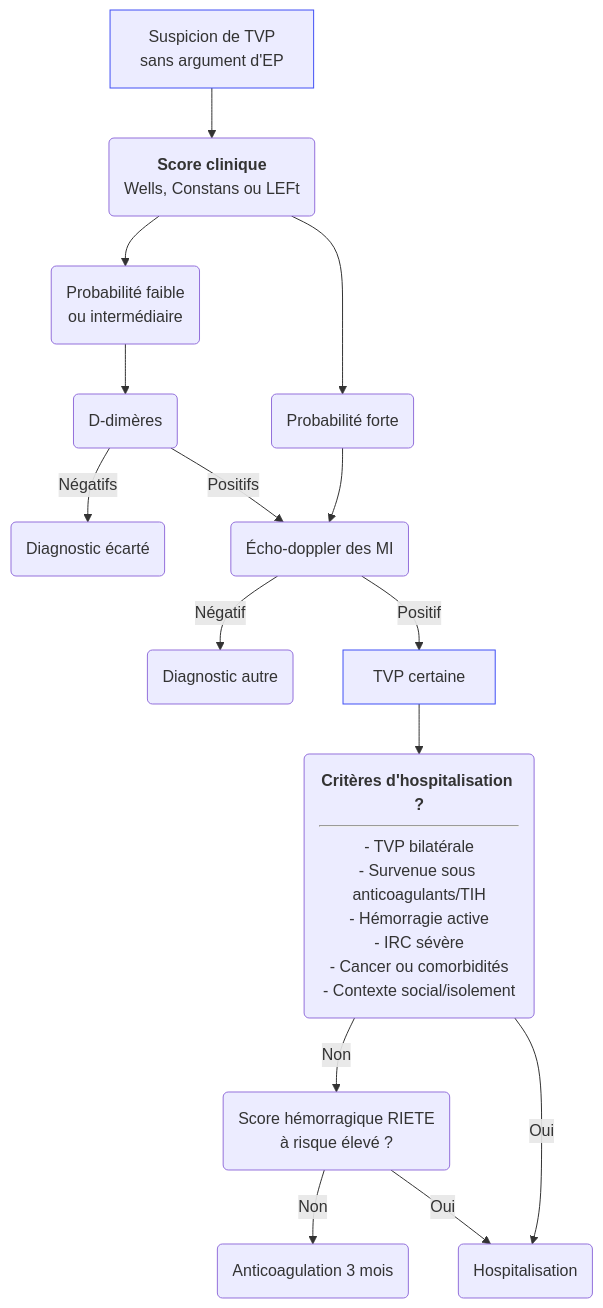
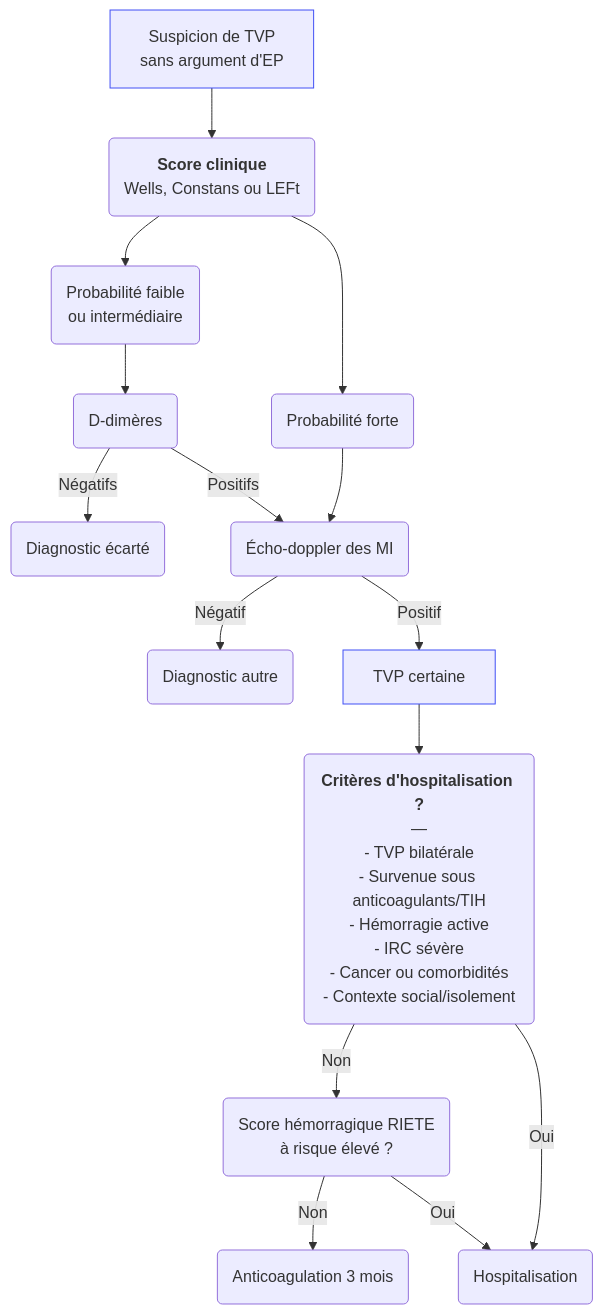
The diagram in content/recommandations/thrombose-veineuse-profonde.md (djibe/recommandations-medicales), drawn with Mermaid before and after one commit. The commit also changed 51 other files, not shown here.

```diff
--- a/content/recommandations/thrombose-veineuse-profonde.md
+++ b/content/recommandations/thrombose-veineuse-profonde.md
@@ -283,19 +283,19 @@
 {{< mermaid title="Prise en charge d'une suspicion de thrombose veineuse profonde. Dr JB Fron d'après Sanchez 2019" >}}
 graph TB
   tvp[Suspicion de TVP<br>sans argument d'EP] --> score(<b>Score clinique</b><br>Wells, Constans ou LEFt)
   style tvp stroke:#4150f5, stroke-width:1px
     score --> probaFaible(Probabilité faible<br>ou intermédiaire)
       probaFaible --> ddimeres(D-dimères)
         ddimeres -- Négatifs --> arret(Diagnostic écarté)
         ddimeres -- Positifs --> doppler
     score --> probaForte(Probabilité forte)
       probaForte --> doppler(Écho-doppler des MI)
         doppler -- Négatif --> differentiel(Diagnostic autre)
         doppler -- Positif --> certitude[TVP certaine]
           style certitude stroke:#4150f5, stroke-width:1px
-          certitude --> critereHospi("<b>Critères d'hospitalisation ?</b><hr>- TVP bilatérale<br>- Survenue sous anticoagulants/TIH<br>- Hémorragie active<br>- IRC sévère<br>- Cancer ou comorbidités<br>- Contexte social/isolement")
+          certitude --> critereHospi("<b>Critères d'hospitalisation ?</b><br>—<br>- TVP bilatérale<br>- Survenue sous anticoagulants/TIH<br>- Hémorragie active<br>- IRC sévère<br>- Cancer ou comorbidités<br>- Contexte social/isolement")
             critereHospi -- Non --> scoreHemorragique("Score hémorragique RIETE<br>à risque élevé ?")
               scoreHemorragique -- Non --> anticoag(Anticoagulation 3 mois)
               scoreHemorragique -- Oui --> hospit
             critereHospi -- Oui --> hospit(Hospitalisation)
 {{< /mermaid >}}
```
